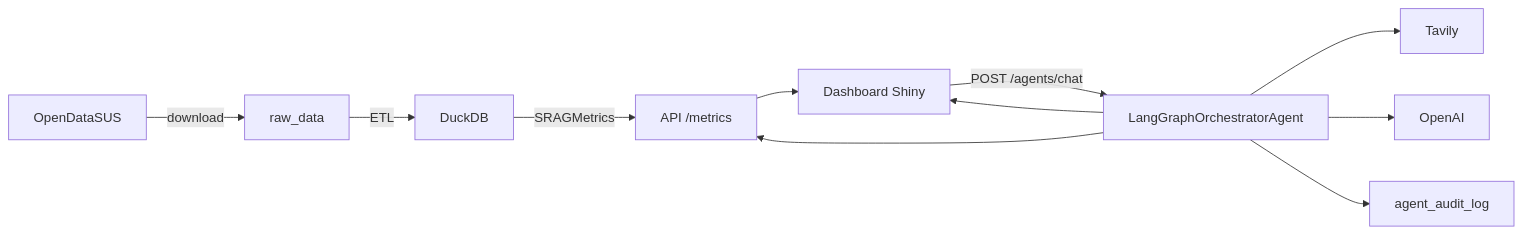
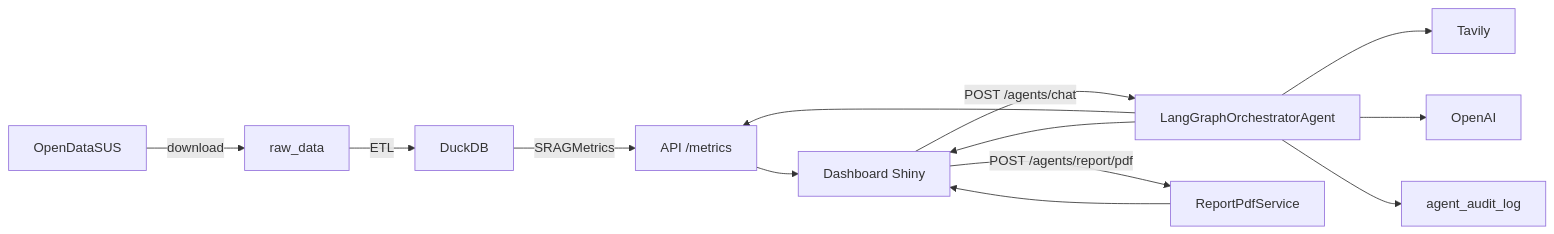
The diagram in README.md (johnwsl/srag-data-health-agent-monitor), drawn with Mermaid before and after one commit. The commit also changed other lines of this file and 25 other files, not shown here.

````diff
--- a/README.md
+++ b/README.md
@@ -82,13 +89,15 @@
 ```mermaid
 flowchart LR
     A[OpenDataSUS] -->|download| B[raw_data]
     B -->|ETL| C[DuckDB]
     C -->|SRAGMetrics| D[API /metrics]
     D --> E[Dashboard Shiny]
     E -->|POST /agents/chat| F[LangGraphOrchestratorAgent]
     F --> D
     F --> G[Tavily]
     F --> H[OpenAI]
     F --> I[agent_audit_log]
     F --> E
+    E -->|POST /agents/report/pdf| J[ReportPdfService]
+    J --> E
 ```
````
